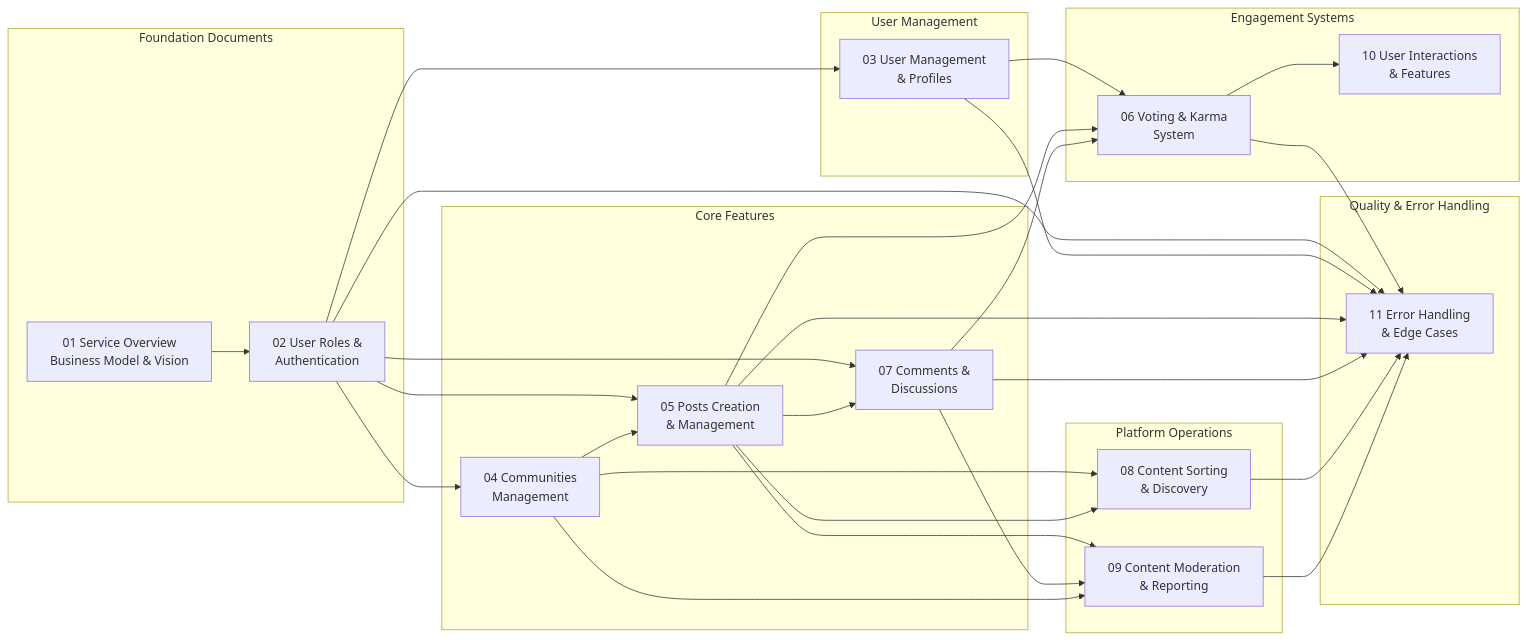
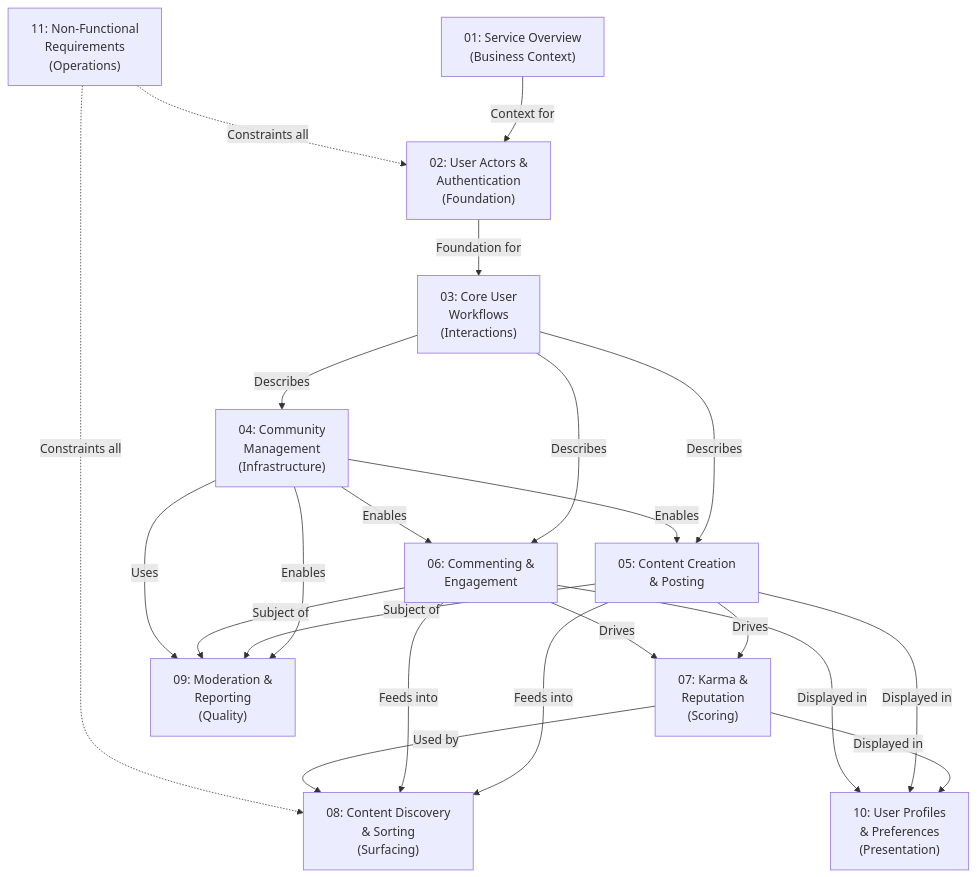
Before and after one commit to wrtnlabs/autobe-examples: the first of 5 diagrams in anthropic/claude-haiku-4.5/reddit/docs/analysis/00-toc.md, drawn with Mermaid. The commit also changed other lines of this file and 16146 other files, not shown here.

````diff
--- a/anthropic/claude-haiku-4.5/reddit/docs/analysis/00-toc.md
+++ b/anthropic/claude-haiku-4.5/reddit/docs/analysis/00-toc.md
@@ -32,55 +420,42 @@
 ```mermaid
-graph LR
-    subgraph "Foundation Documents"
-        A["01 Service Overview<br/>Business Model & Vision"]
-        B["02 User Roles &<br/>Authentication"]
-    end
+graph TD
+    A["01: Service Overview<br/>(Business Context)"]
+    B["02: User Actors &<br/>Authentication<br/>(Foundation)"]
+    C["03: Core User<br/>Workflows<br/>(Interactions)"]
+    D["04: Community<br/>Management<br/>(Infrastructure)"]
+    E["05: Content Creation<br/>& Posting"]
+    F["06: Commenting &<br/>Engagement"]
+    G["07: Karma &<br/>Reputation<br/>(Scoring)"]
+    H["08: Content Discovery<br/>& Sorting<br/>(Surfacing)"]
+    I["09: Moderation &<br/>Reporting<br/>(Quality)"]
+    J["10: User Profiles<br/>& Preferences<br/>(Presentation)"]
+    K["11: Non-Functional<br/>Requirements<br/>(Operations)"]
+
+    A -->|"Context for"| B
+    B -->|"Foundation for"| C
+    C -->|"Describes"| D
+    C -->|"Describes"| E
+    C -->|"Describes"| F
     
-    subgraph "User Management"
-        C["03 User Management<br/>& Profiles"]
-    end
+    D -->|"Enables"| E
+    D -->|"Enables"| F
+    D -->|"Enables"| I
     
-    subgraph "Core Features"
-        D["04 Communities<br/>Management"]
-        E["05 Posts Creation<br/>& Management"]
-        F["07 Comments &<br/>Discussions"]
-    end
+    E -->|"Drives"| G
+    F -->|"Drives"| G
     
-    subgraph "Engagement Systems"
-        G["06 Voting & Karma<br/>System"]
-        H["10 User Interactions<br/>& Features"]
-    end
+    E -->|"Feeds into"| H
+    F -->|"Feeds into"| H
+    G -->|"Used by"| H
     
-    subgraph "Platform Operations"
-        I["08 Content Sorting<br/>& Discovery"]
-        J["09 Content Moderation<br/>& Reporting"]
-    end
+    G -->|"Displayed in"| J
+    E -->|"Displayed in"| J
+    F -->|"Displayed in"| J
     
-    subgraph "Quality & Error Handling"
-        K["11 Error Handling<br/>& Edge Cases"]
-    end
+    E -->|"Subject of"| I
+    F -->|"Subject of"| I
+    D -->|"Uses"| I
     
-    A --> B
-    B --> C
-    B --> D
-    B --> E
-    B --> F
-    C --> G
-    D --> E
-    E --> G
-    E --> F
-    F --> G
-    D --> I
-    E --> I
-    G --> H
-    E --> J
-    F --> J
-    D --> J
-    B --> K
-    C --> K
-    E --> K
-    F --> K
-    G --> K
-    I --> K
-    J --> K
+    K -.->|"Constraints all"| B
+    K -.->|"Constraints all"| H
 ```
````
